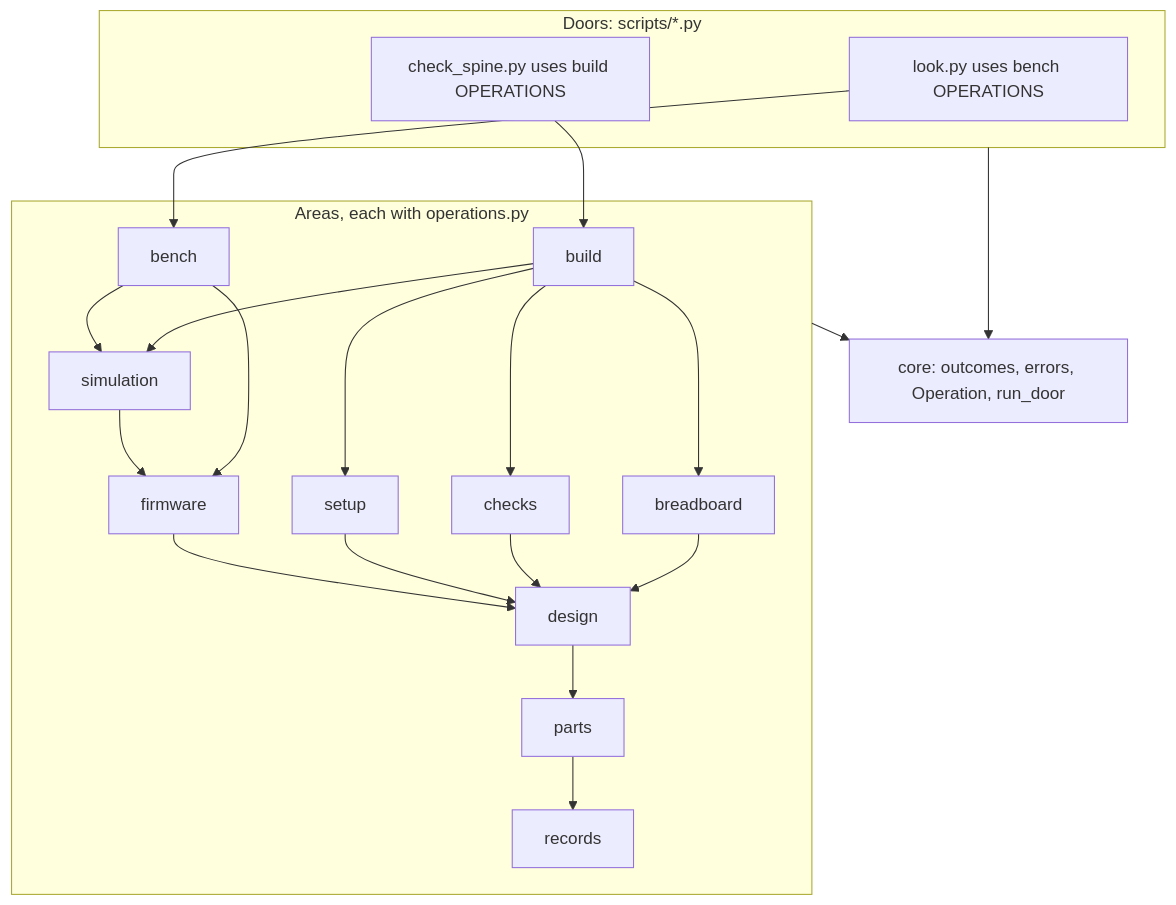
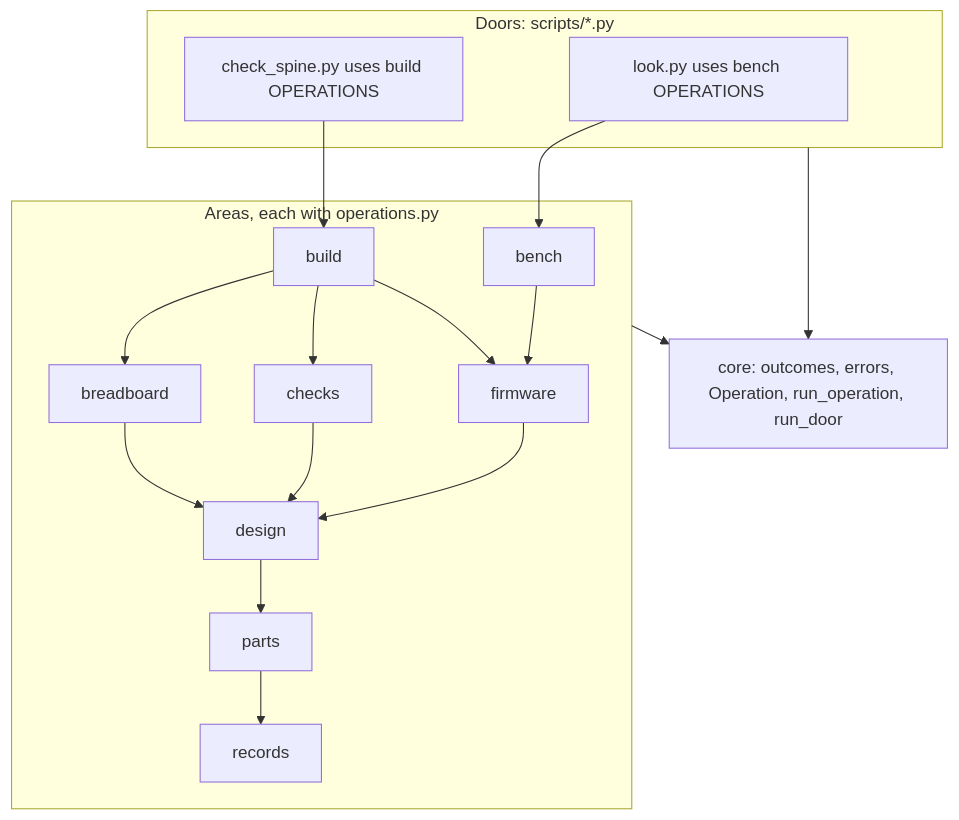
Before and after one commit to xmejkal/spark: the first of 3 diagrams in docs/discovery/2026-10-19-p323-target-architecture/design.md, drawn with Mermaid. The commit also changed other lines of this file and 6 other files, not shown here.

````diff
--- a/docs/discovery/2026-10-19-p323-target-architecture/design.md
+++ b/docs/discovery/2026-10-19-p323-target-architecture/design.md
@@ -89,27 +95,23 @@
 ```mermaid
 flowchart TB
   subgraph Doors["Doors: scripts/*.py"]
     D1["look.py uses bench OPERATIONS"]
     D2["check_spine.py uses build OPERATIONS"]
   end
   subgraph Areas["Areas, each with operations.py"]
     BUILD[build] --> BB[breadboard]
-    BUILD --> SIM[simulation]
     BUILD --> CHK[checks]
-    BUILD --> SETUP[setup]
-    BENCH[bench] --> SIM
-    BENCH --> FW[firmware]
-    SIM --> FW
+    BUILD --> FW[firmware]
+    BENCH[bench] --> FW
     BB --> DES[design]
     CHK --> DES
-    SETUP --> DES
     FW --> DES
     DES --> PARTS[parts]
     PARTS --> REC[records]
   end
-  CORE["core: outcomes, errors, Operation, run_door"]
+  CORE["core: outcomes, errors, Operation, run_operation, run_door"]
   D1 --> BENCH
   D2 --> BUILD
   Doors --> CORE
   Areas --> CORE
 ```
````
